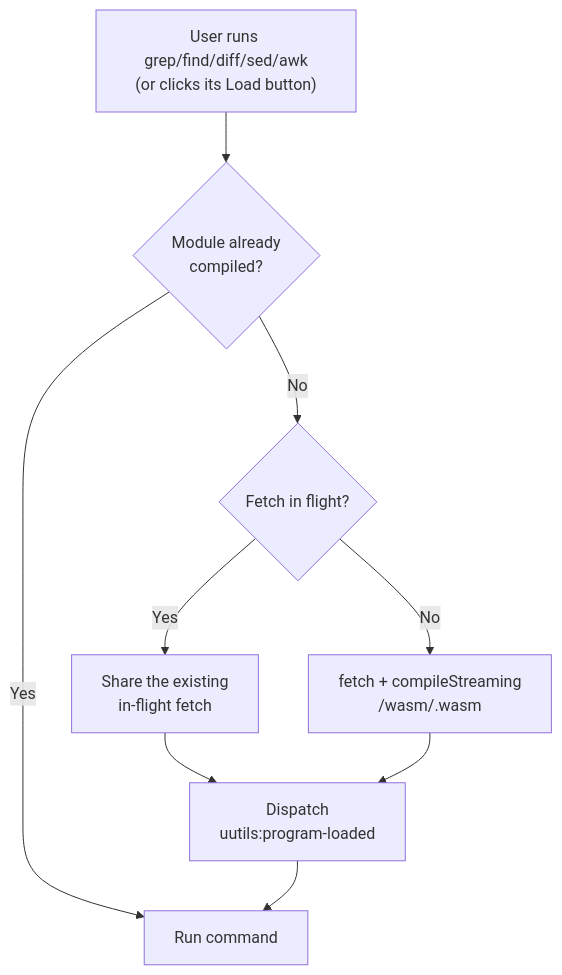
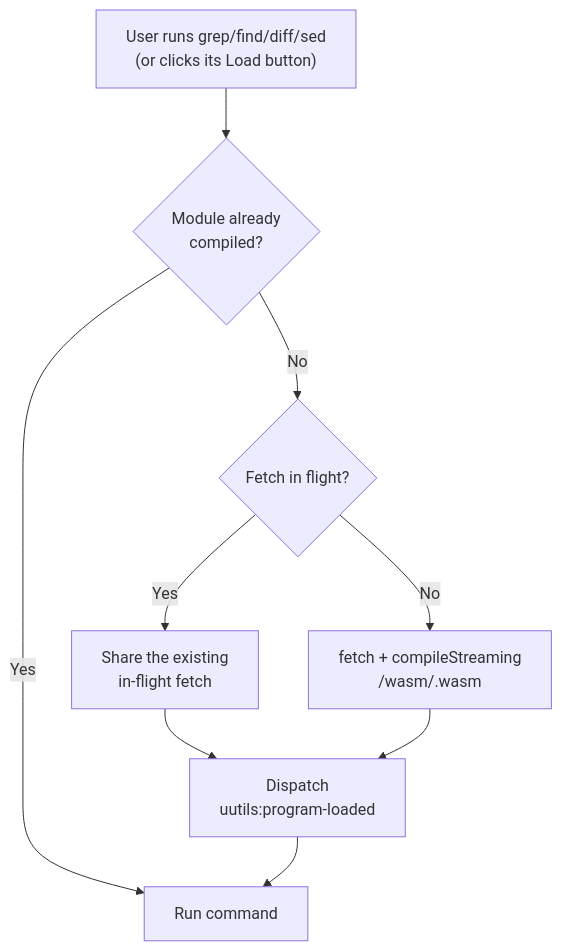
The fifth of 9 diagrams in content/playground-how-it-works.md (uutils/uutils.github.io), drawn with Mermaid before and after one commit. The commit also changed other lines of this file and 4 other files, not shown here.

```diff
--- a/content/playground-how-it-works.md
+++ b/content/playground-how-it-works.md
@@ -134,11 +134,11 @@
 <pre class="mermaid">
 flowchart TB
-    A["User runs grep/find/diff/sed/awk<br/>(or clicks its Load button)"] --> B{"Module already<br/>compiled?"}
+    A["User runs grep/find/diff/sed<br/>(or clicks its Load button)"] --> B{"Module already<br/>compiled?"}
     B -->|Yes| F["Run command"]
     B -->|No| C{"Fetch in flight?"}
     C -->|Yes| D["Share the existing<br/>in-flight fetch"]
     C -->|No| E["fetch + compileStreaming<br/>/wasm/&lt;module&gt;.wasm"]
     D --> G["Dispatch<br/>uutils:program-loaded"]
     E --> G
     G --> F
 </pre>
```
